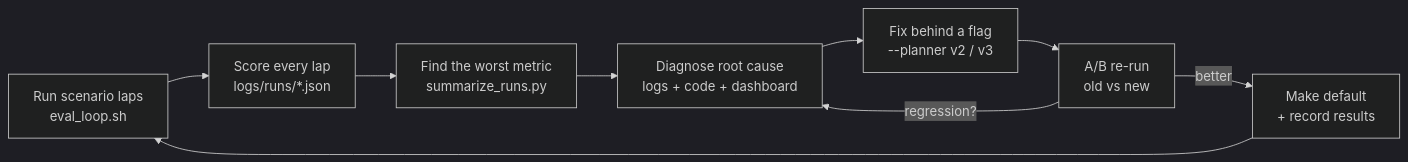
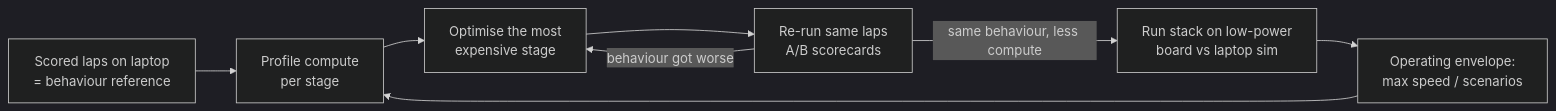
Before and after one commit to ABHISHEK22415/airsim-av-stack: the diagram in README.md, drawn with Mermaid (dark theme). The commit also changed other lines of this file and 8 other files, not shown here.

First line of the commit message:
Refocus on low-power compute: remove drone code, add compute benchmark and low-power analysis

````diff
--- a/README.md
+++ b/README.md
@@ -55,11 +112,10 @@
 ```mermaid
 flowchart LR
-    A[Run scenario laps<br/>eval_loop.sh] --> B[Score every lap<br/>logs/runs/*.json]
-    B --> C[Find the worst metric<br/>summarize_runs.py]
-    C --> D[Diagnose root cause<br/>logs + code + dashboard]
-    D --> E[Fix behind a flag<br/>--planner v2 / v3]
-    E --> F[A/B re-run<br/>old vs new]
-    F -->|regression?| D
-    F -->|better| G[Make default<br/>+ record results]
-    G --> A
+    A[Scored laps on laptop<br/>= behaviour reference] --> B[Profile compute<br/>per stage]
+    B --> C[Optimise the most<br/>expensive stage]
+    C --> D[Re-run same laps<br/>A/B scorecards]
+    D -->|behaviour got worse| C
+    D -->|same behaviour, less compute| E[Run stack on low-power<br/>board vs laptop sim]
+    E --> F[Operating envelope:<br/>max speed / scenarios]
+    F --> B
 ```
````
